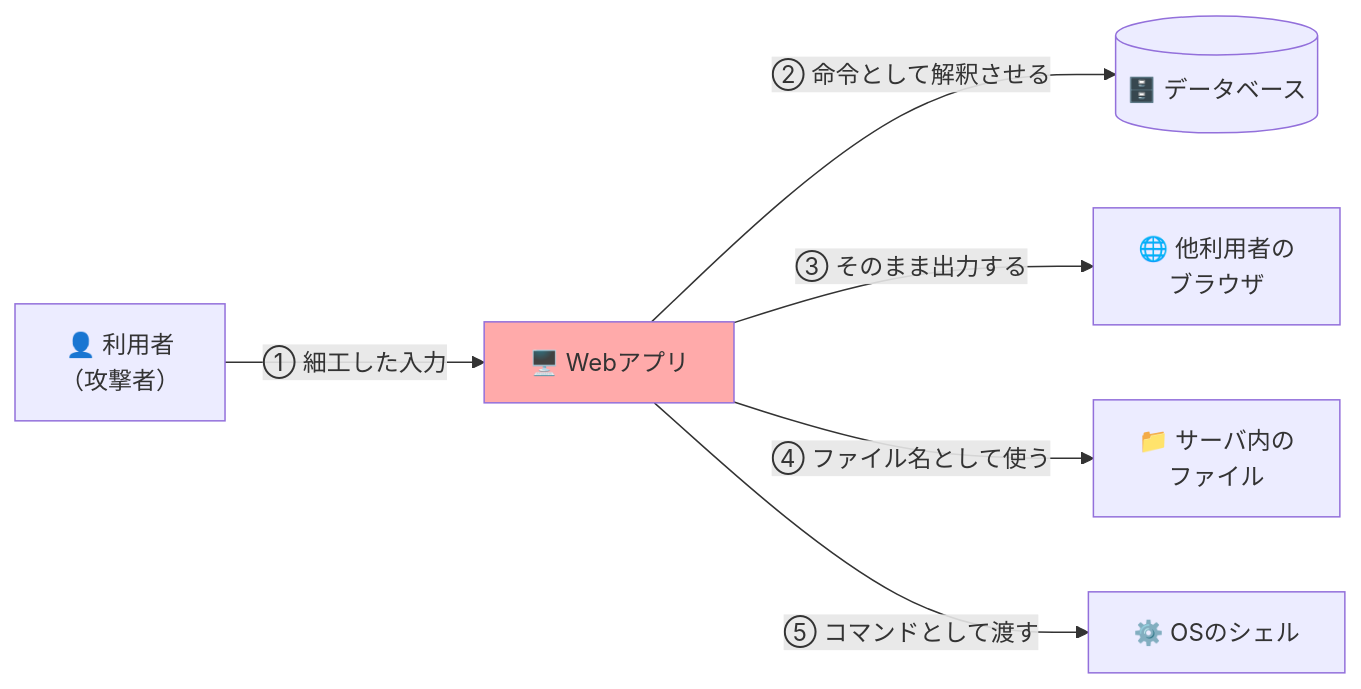
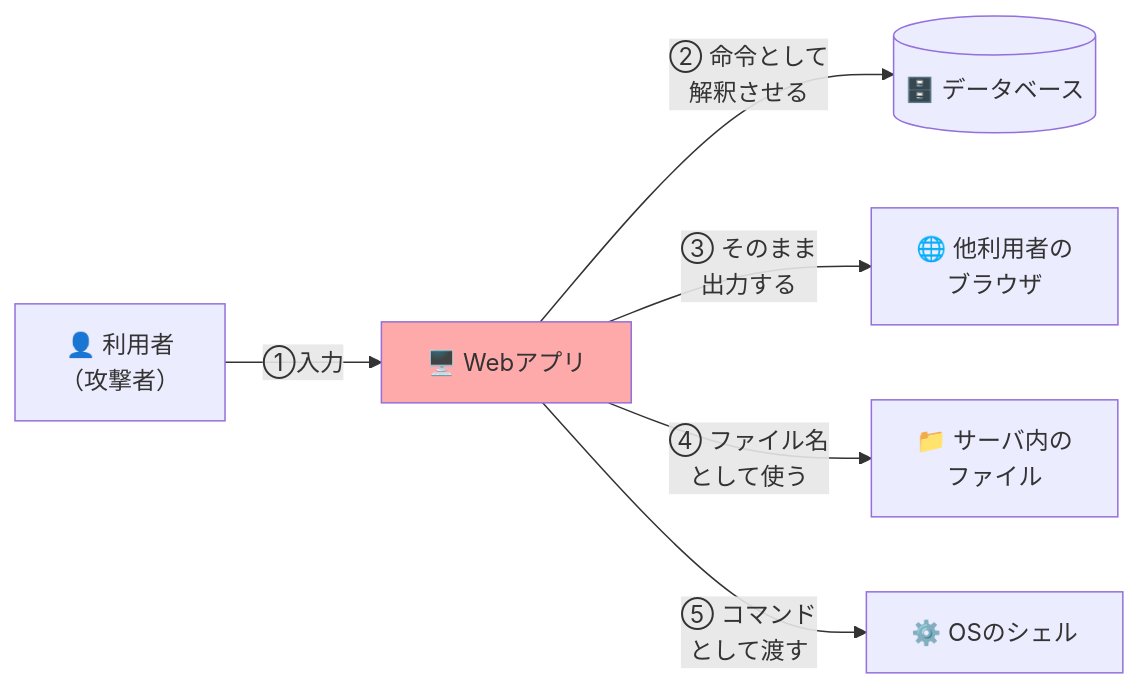
Before and after one commit to self-study-engineer/study-technology: diagram 28 of 28 in セキュリティ/情報処理安全確保支援士/過去問道場.md, drawn with Mermaid. The commit also changed other lines of this file, not shown here.

````diff
--- a/セキュリティ/情報処理安全確保支援士/過去問道場.md
+++ b/セキュリティ/情報処理安全確保支援士/過去問道場.md
@@ -1481,10 +1467,10 @@
 ```mermaid
 flowchart LR
-  U["👤 利用者<br>（攻撃者）"] -- "① 細工した入力" --> W["🖥️ Webアプリ"]
-  W -- "② 命令として解釈させる" --> DB[("🗄️ データベース")]
-  W -- "③ そのまま出力する" --> B["🌐 他利用者の<br>ブラウザ"]
-  W -- "④ ファイル名として使う" --> F["📁 サーバ内の<br>ファイル"]
-  W -- "⑤ コマンドとして渡す" --> OS["⚙️ OSのシェル"]
+  U["👤 利用者<br>（攻撃者）"] -- "①入力" --> W["🖥️ Webアプリ"]
+  W -- "② 命令として<br>解釈させる" --> DB[("🗄️ データベース")]
+  W -- "③ そのまま<br>出力する" --> B["🌐 他利用者の<br>ブラウザ"]
+  W -- "④ ファイル名<br>として使う" --> F["📁 サーバ内の<br>ファイル"]
+  W -- "⑤ コマンド<br>として渡す" --> OS["⚙️ OSのシェル"]
 
   style W fill:#faa
 ```
````
